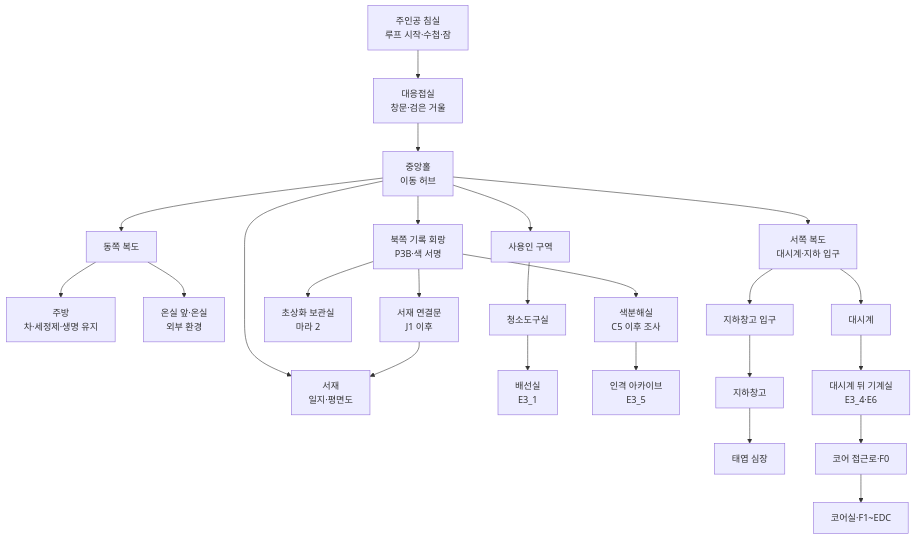
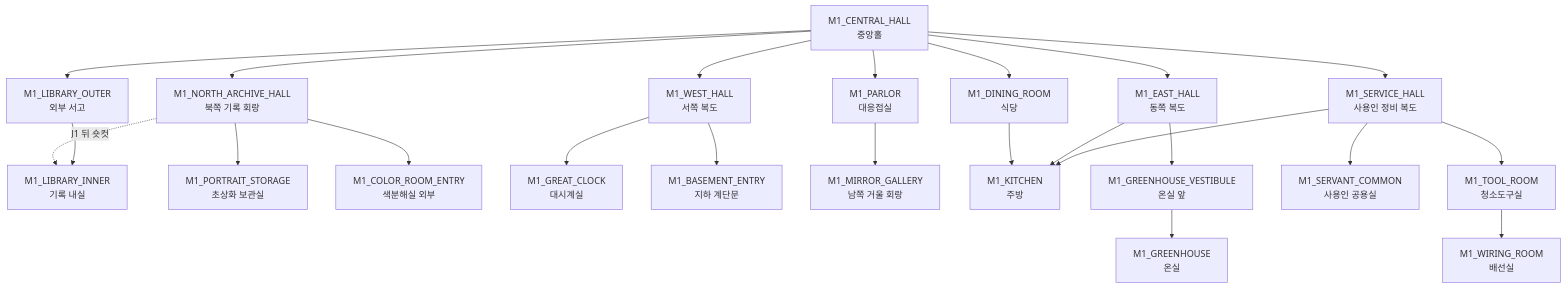
One commit to devb-eru/ggb changed the third of 9 diagrams in ideas/md/v04/05_공간구성지도_및_동선.md. Above: the diagram before and after it, drawn with Mermaid. The commit also changed other lines of this file and 1 other file, not shown here.

````diff
--- a/ideas/md/v04/05_공간구성지도_및_동선.md
+++ b/ideas/md/v04/05_공간구성지도_및_동선.md
@@ -5,29 +164,55 @@
 ```mermaid
 flowchart TB
-    BED["주인공 침실<br/>루프 시작·수첩·잠"] --> PARLOR["대응접실<br/>창문·검은 거울"]
-    PARLOR --> HALL["중앙홀<br/>이동 허브"]
-    HALL --> LIB["서재<br/>일지·평면도"]
-    HALL --> WEST["서쪽 복도<br/>대시계·지하 입구"]
-    HALL --> EAST["동쪽 복도"]
-    HALL --> SERVANT["사용인 구역"]
-    HALL --> NORTH["북쪽 기록 회랑<br/>P3B·색 서명"]
+    NORTH_HALL["M1_NORTH_ARCHIVE_HALL<br/>북쪽 기록 회랑"]
+    LIB_OUT["M1_LIBRARY_OUTER<br/>외부 서고"]
+    LIB_IN["M1_LIBRARY_INNER<br/>기록 내실"]
+    PORTRAIT["M1_PORTRAIT_STORAGE<br/>초상화 보관실"]
+    COLOR_DOOR["M1_COLOR_ROOM_ENTRY<br/>색분해실 외부"]
 
-    EAST --> KITCHEN["주방<br/>차·세정제·생명 유지"]
-    EAST --> GREEN["온실 앞·온실<br/>외부 환경"]
-    SERVANT --> TOOL["청소도구실"]
-    TOOL --> WIRE["배선실<br/>E3_1"]
+    WEST_HALL["M1_WEST_HALL<br/>서쪽 복도"]
+    CLOCK["M1_GREAT_CLOCK<br/>대시계실"]
+    BASE_DOOR["M1_BASEMENT_ENTRY<br/>지하 계단문"]
 
-    NORTH --> PORTRAIT["초상화 보관실<br/>마라 2"]
-    NORTH --> COLOR["색분해실<br/>C5 이후 조사"]
-    COLOR --> ARCHIVE["인격 아카이브<br/>E3_5"]
-    NORTH --> LINK["서재 연결문<br/>J1 이후"]
-    LINK --> LIB
+    HALL["M1_CENTRAL_HALL<br/>중앙홀"]
+    DINING["M1_DINING_ROOM<br/>식당"]
 
-    WEST --> CLOCK["대시계"]
-    WEST --> BASEENT["지하창고 입구"]
-    BASEENT --> BASE["지하창고"]
-    BASE --> HEART["태엽 심장"]
-    CLOCK --> MACHINE["대시계 뒤 기계실<br/>E3_4·E6"]
-    MACHINE --> COREPATH["코어 접근로·F0"]
-    COREPATH --> CORE["코어실·F1~EDC"]
+    PARLOR["M1_PARLOR<br/>대응접실"]
+    MIRROR["M1_MIRROR_GALLERY<br/>남쪽 거울 회랑"]
+
+    EAST_HALL["M1_EAST_HALL<br/>동쪽 복도"]
+    KITCHEN["M1_KITCHEN<br/>주방"]
+    GREEN_ENTRY["M1_GREENHOUSE_VESTIBULE<br/>온실 앞"]
+    GREEN["M1_GREENHOUSE<br/>온실"]
+
+    SERVICE_HALL["M1_SERVICE_HALL<br/>사용인 정비 복도"]
+    COMMON["M1_SERVANT_COMMON<br/>사용인 공용실"]
+    TOOL["M1_TOOL_ROOM<br/>청소도구실"]
+    WIRE["M1_WIRING_ROOM<br/>배선실"]
+
+    HALL --> NORTH_HALL
+    HALL --> LIB_OUT
+    HALL --> WEST_HALL
+    HALL --> EAST_HALL
+    HALL --> PARLOR
+    HALL --> DINING
+    HALL --> SERVICE_HALL
+
+    NORTH_HALL --> PORTRAIT
+    NORTH_HALL --> COLOR_DOOR
+    NORTH_HALL -. "J1 뒤 숏컷" .-> LIB_IN
+    LIB_OUT --> LIB_IN
+
+    WEST_HALL --> CLOCK
+    WEST_HALL --> BASE_DOOR
+
+    PARLOR --> MIRROR
+    DINING --> KITCHEN
+    EAST_HALL --> KITCHEN
+    EAST_HALL --> GREEN_ENTRY
+    GREEN_ENTRY --> GREEN
+
+    SERVICE_HALL --> COMMON
+    SERVICE_HALL --> TOOL
+    TOOL --> WIRE
+    SERVICE_HALL --> KITCHEN
 ```
````
